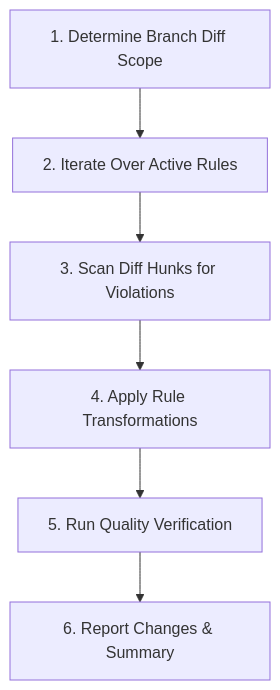
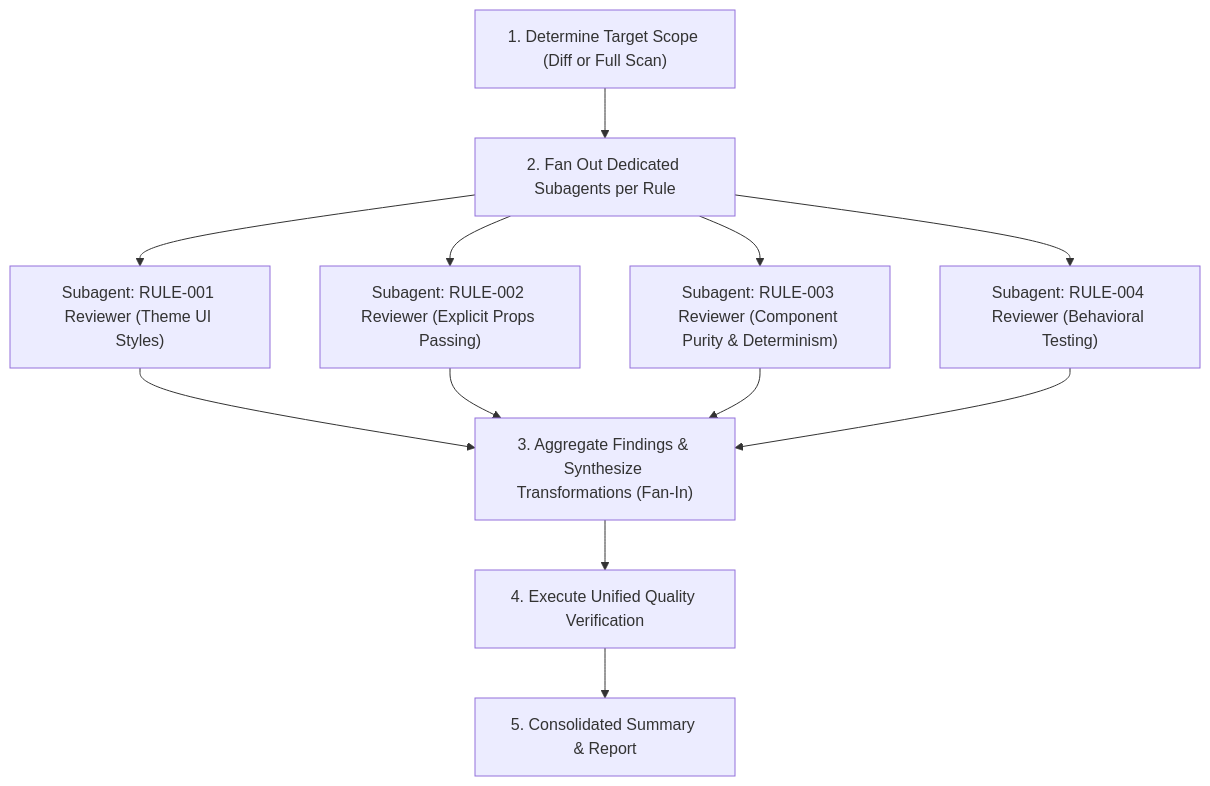
One commit to devin-davis-dev/PersonalSite changed the diagram in .agents/skills/code-review/SKILL.md. Above: the diagram before and after it, drawn with Mermaid. The commit also changed other lines of this file, not shown here.

Commit message:
update rules

````diff
--- a/.agents/skills/code-review/SKILL.md
+++ b/.agents/skills/code-review/SKILL.md
@@ -36,8 +37,14 @@
 ```mermaid
 flowchart TD
-    A["1. Determine Branch Diff Scope"] --> B["2. Iterate Over Active Rules"]
-    B --> C["3. Scan Diff Hunks for Violations"]
-    C --> D["4. Apply Rule Transformations"]
-    D --> E["5. Run Quality Verification"]
-    E --> F["6. Report Changes & Summary"]
+    A["1. Determine Target Scope (Diff or Full Scan)"] --> B["2. Fan Out Dedicated Subagents per Rule"]
+    B --> C1["Subagent: RULE-001 Reviewer (Theme UI Styles)"]
+    B --> C2["Subagent: RULE-002 Reviewer (Explicit Props Passing)"]
+    B --> C3["Subagent: RULE-003 Reviewer (Component Purity & Determinism)"]
+    B --> C4["Subagent: RULE-004 Reviewer (Behavioral Testing)"]
+    C1 --> D["3. Aggregate Findings & Synthesize Transformations (Fan-In)"]
+    C2 --> D
+    C3 --> D
+    C4 --> D
+    D --> E["4. Execute Unified Quality Verification"]
+    E --> F["5. Consolidated Summary & Report"]
 ```
````
